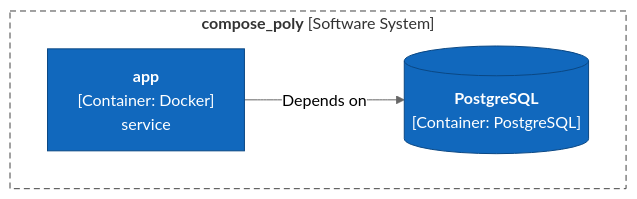
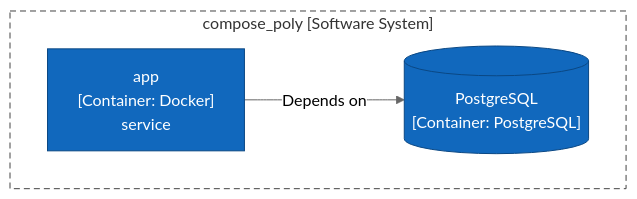
One commit to ythalorossy/architecture-skills changed the first of 3 diagrams in tests/golden/compose_poly/output/ArchitectureReport.md. Above: the diagram before and after it, drawn with Mermaid (neutral theme). The commit also changed other lines of this file and 51 other files, not shown here.

First line of the commit message:
fix(render): plain diagram labels keep the characters in code names

````diff
--- a/tests/golden/compose_poly/output/ArchitectureReport.md
+++ b/tests/golden/compose_poly/output/ArchitectureReport.md
@@ -27,19 +27,16 @@
 ```mermaid
 flowchart TB
-    subgraph boundary["`**compose_poly** [Software System]`"]
-        app["`**app**
-[Container: Docker]
-service`"]
-        db_postgresql[("`**PostgreSQL**
-[Container: PostgreSQL]`")]
+    subgraph boundary["compose_poly [Software System]"]
+        app["app<br/>[Container: Docker]<br/>service"]
+        db_postgresql[("PostgreSQL<br/>[Container: PostgreSQL]")]
     end
-    app -->|"`Depends on`"| db_postgresql
+    app -->|"Depends on"| db_postgresql
     classDef person fill:#08427b,stroke:#052e56,color:#ffffff
     classDef container fill:#1168bd,stroke:#0b4884,color:#ffffff
     classDef system fill:#1168bd,stroke:#0b4884,color:#ffffff
     classDef component fill:#85bbf0,stroke:#5d82a8,color:#000000
     classDef external fill:#999999,stroke:#6b6b6b,color:#ffffff
     classDef shared fill:#dbe9f6,stroke:#5d82a8,color:#000000,stroke-dasharray:4 3
     class app,db_postgresql container
     style boundary fill:none,stroke:#444444,stroke-dasharray:6 4
 ```
````
